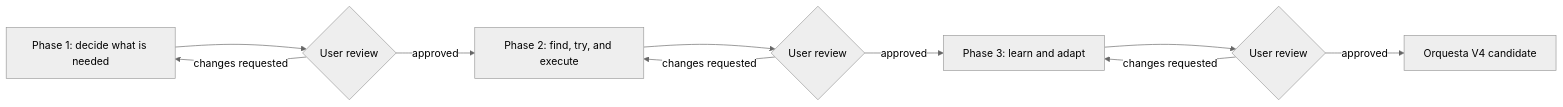
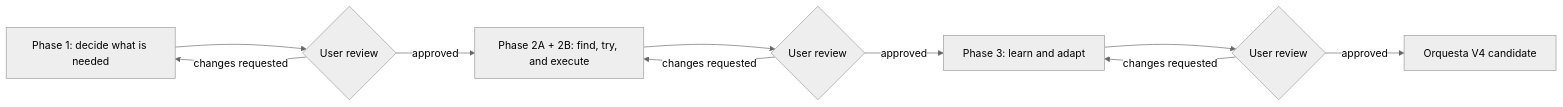
Before and after one commit to ugin-man/orquesta: the fourth of 4 diagrams in docs/superpowers/specs/2026-07-15-orquesta-v4-design.md, drawn with Mermaid (neutral theme). The commit also changed other lines of this file and 1 other file, not shown here.

Commit message:
docs(v4): plan Phase 2A and 2B

````diff
--- a/docs/superpowers/specs/2026-07-15-orquesta-v4-design.md
+++ b/docs/superpowers/specs/2026-07-15-orquesta-v4-design.md
@@ -1276,12 +1271,12 @@
 ```mermaid
 flowchart LR
     P1["Phase 1: decide what is needed"] --> R1{"User review"}
-    R1 -->|approved| P2["Phase 2: find, try, and execute"]
+    R1 -->|approved| P2["Phase 2A + 2B: find, try, and execute"]
     R1 -->|changes requested| P1
     P2 --> R2{"User review"}
     R2 -->|approved| P3["Phase 3: learn and adapt"]
     R2 -->|changes requested| P2
     P3 --> R3{"User review"}
     R3 -->|approved| V4["Orquesta V4 candidate"]
     R3 -->|changes requested| P3
 ```
````
